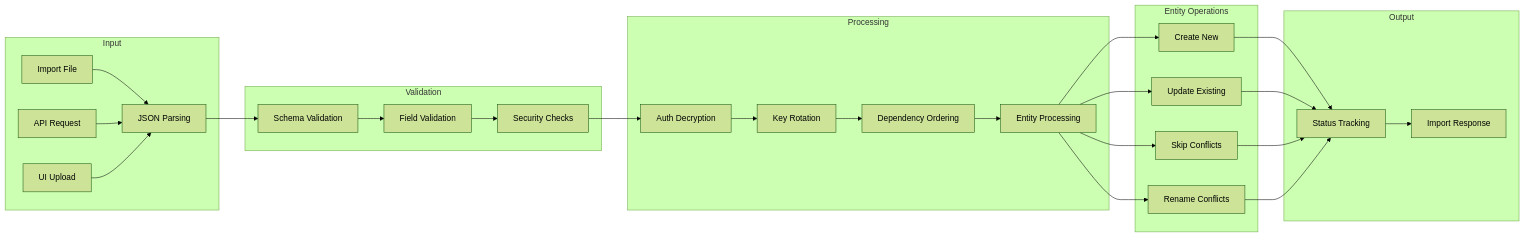
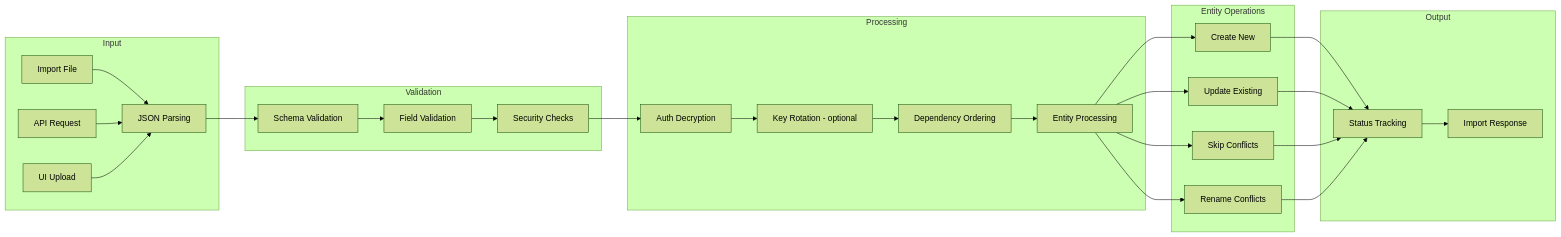
The fourth of 5 diagrams in docs/docs/architecture/export-import-architecture.md (tedhabeck/mcp-context-forge), drawn with Mermaid (forest theme) before and after one commit. The commit also changed other lines of this file and 147 other files, not shown here.

First line of the commit message:
docs: refresh docs formatting, links, and diagrams (#2624)

````diff
--- a/docs/docs/architecture/export-import-architecture.md
+++ b/docs/docs/architecture/export-import-architecture.md
@@ -213,36 +213,36 @@
 ```mermaid
 graph LR
     subgraph "Input"
         File[Import File] --> Parse[JSON Parsing]
         API[API Request] --> Parse
         UI[UI Upload] --> Parse
     end
 
     subgraph "Validation"
         Parse --> Schema[Schema Validation]
         Schema --> Fields[Field Validation]
         Fields --> Security[Security Checks]
     end
 
     subgraph "Processing"
         Security --> Decrypt[Auth Decryption]
-        Decrypt --> Rekey[Key Rotation]
+        Decrypt --> Rekey[Key Rotation - optional]
         Rekey --> Order[Dependency Ordering]
         Order --> Process[Entity Processing]
     end
 
     subgraph "Entity Operations"
         Process --> Create[Create New]
         Process --> Update[Update Existing]
         Process --> Skip[Skip Conflicts]
         Process --> Rename[Rename Conflicts]
     end
 
     subgraph "Output"
         Create --> Status[Status Tracking]
         Update --> Status
         Skip --> Status
         Rename --> Status
         Status --> Response[Import Response]
     end
 ```
````
